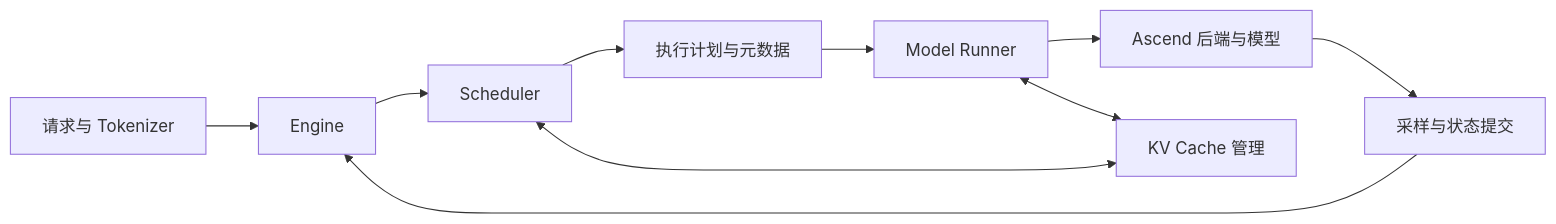
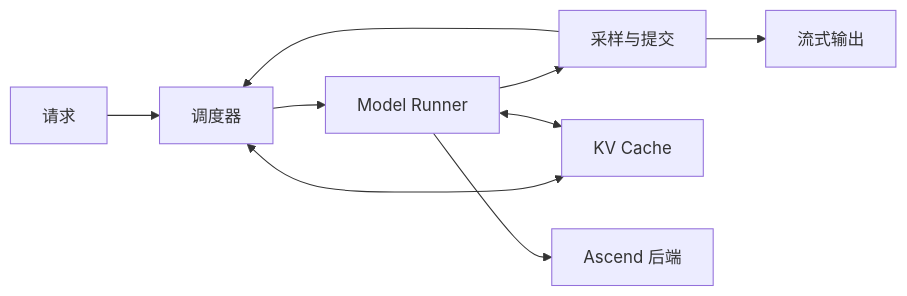
Before and after one commit to AkiYangDev/mini-deepinfer: the diagram in README.md, drawn with Mermaid. The commit also changed other lines of this file and 2 other files, not shown here.

Commit message:
docs: sharpen bilingual readmes around learning DeepSeek on Ascend

````diff
--- a/README.md
+++ b/README.md
@@ -48,12 +51,11 @@
 ```mermaid
 flowchart LR
-    A[请求与 Tokenizer] --> B[Engine]
-    B --> C[Scheduler]
-    C --> D[执行计划与元数据]
-    D --> E[Model Runner]
-    E --> F[Ascend 后端与模型]
-    F --> G[采样与状态提交]
-    G --> B
-    C <--> H[KV Cache 管理]
-    E <--> H
+    A[请求] --> B[调度器]
+    B --> C[Model Runner]
+    C --> D[采样与提交]
+    D --> E[流式输出]
+    D --> B
+    B <--> K[KV Cache]
+    C <--> K
+    C --> N[Ascend 后端]
 ```
````
